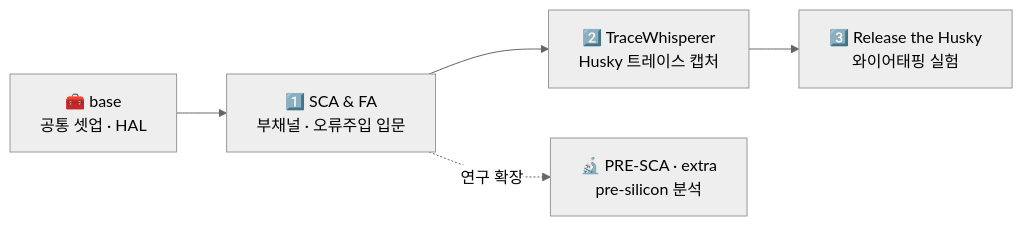
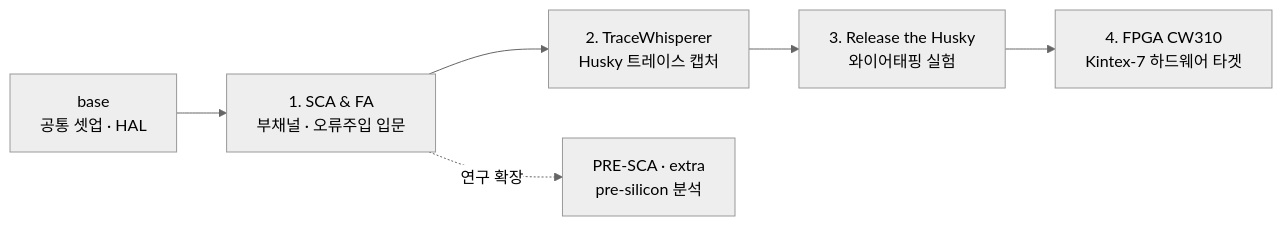
One commit to chipwhisperer-kor/chipwhisperer-kor changed the second of 2 diagrams in README.md. Above: the diagram before and after it, drawn with Mermaid (neutral theme). The commit also changed other lines of this file and 81 other files, not shown here.

````diff
--- a/README.md
+++ b/README.md
@@ -144,7 +144,8 @@
 ```mermaid
 flowchart LR
-    S["🧰 base<br/>공통 셋업 · HAL"] --> A["1️⃣ SCA & FA<br/>부채널 · 오류주입 입문"]
-    A --> T["2️⃣ TraceWhisperer<br/>Husky 트레이스 캡처"]
-    T --> H["3️⃣ Release the Husky<br/>와이어태핑 실험"]
-    A -. 연구 확장 .-> E["🔬 PRE-SCA · extra<br/>pre-silicon 분석"]
+    S["base<br/>공통 셋업 · HAL"] --> A["1. SCA & FA<br/>부채널 · 오류주입 입문"]
+    A --> T["2. TraceWhisperer<br/>Husky 트레이스 캡처"]
+    T --> H["3. Release the Husky<br/>와이어태핑 실험"]
+    H --> F["4. FPGA CW310<br/>Kintex-7 하드웨어 타겟"]
+    A -. 연구 확장 .-> E["PRE-SCA · extra<br/>pre-silicon 분석"]
 ```
````
